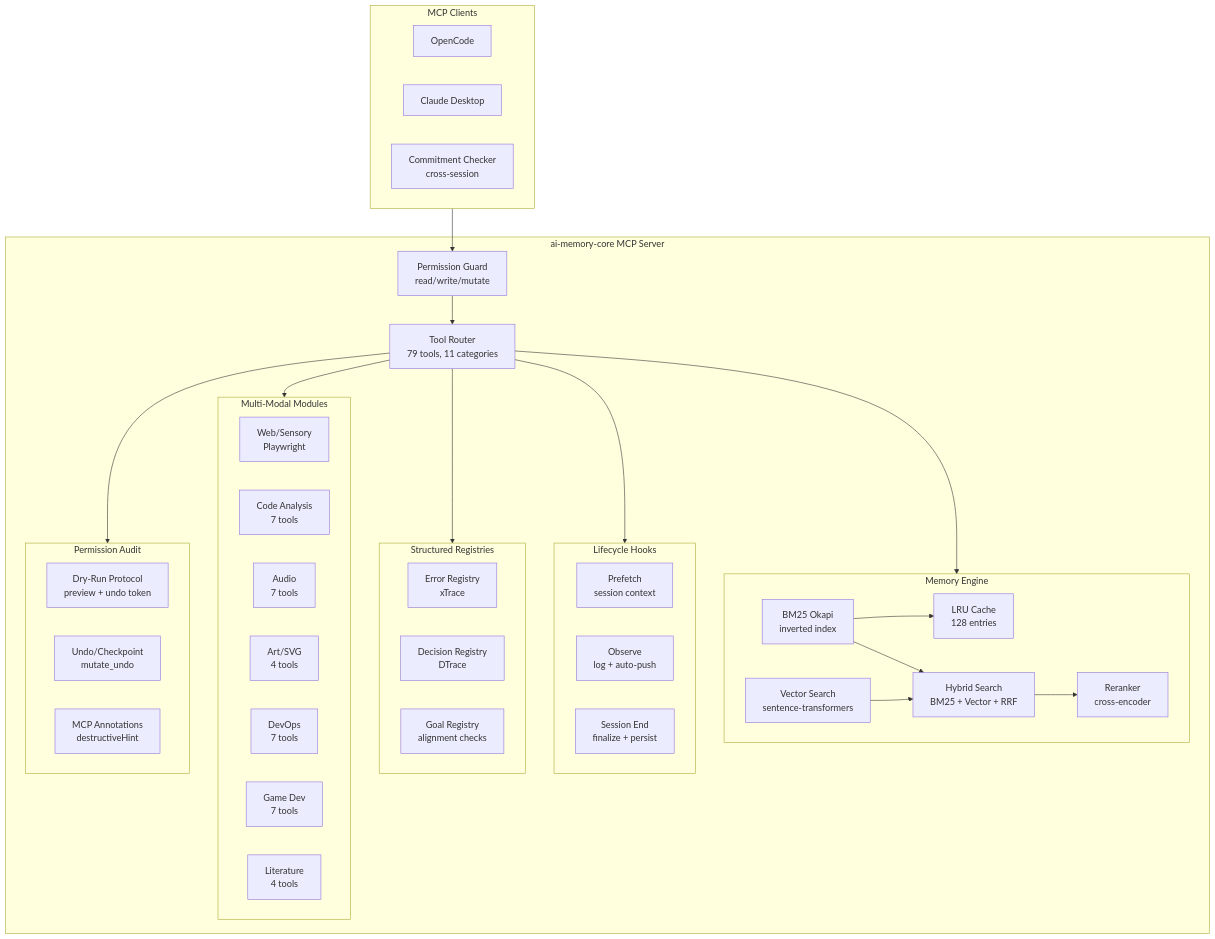
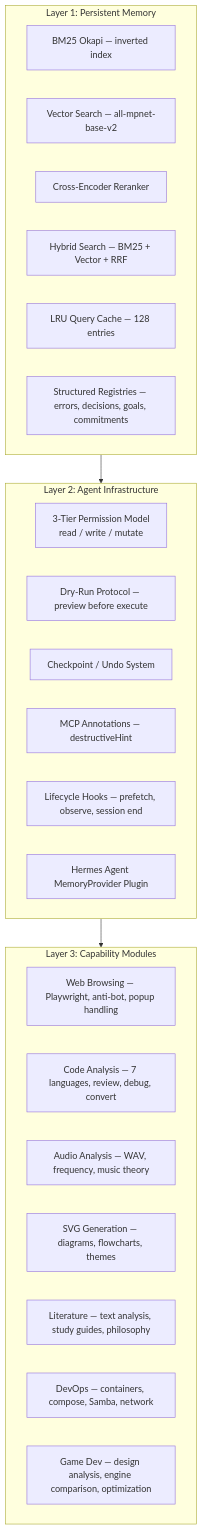
One commit to ohmpatel3877/CortexStratum changed the first of 3 diagrams in README.md. Above: the diagram before and after it, drawn with Mermaid. The commit also changed other lines of this file, not shown here.

First line of the commit message:
docs: rewrite README with 3-layer architecture, benchmarks, clear identity

````diff
--- a/README.md
+++ b/README.md
@@ -37,63 +45,33 @@
 ```mermaid
 graph TB
-    subgraph Clients["MCP Clients"]
-        OC[OpenCode]
-        CD[Claude Desktop]
-        CR[Cursor]
-    end
-
-    subgraph Server["ai-memory-core MCP Server"]
-        PG[Permission Guard<br/>read/write/mutate]
-        TR[Tool Router<br/>79 tools, 11 categories]
-        
-        subgraph Memory["Memory Engine"]
-            BM25[BM25 Okapi<br/>inverted index]
-            VS[Vector Search<br/>sentence-transformers]
-            RR[Reranker<br/>cross-encoder]
-            HY[Hybrid Search<br/>BM25 + Vector + RRF]
-            LC[LRU Cache<br/>128 entries]
-        end
-        
-        subgraph Lifecycle["Lifecycle Hooks"]
-            PF[Prefetch<br/>session context]
-            OB[Observe<br/>log + auto-push]
-            SE[Session End<br/>finalize + persist]
-        end
-        
-        subgraph Registry["Structured Registries"]
-            ER[Error Registry<br/>xTrace]
-            DR[Decision Registry<br/>DTrace]
-            GR[Goal Registry<br/>alignment checks]
-            CR[Commitment Checker<br/>cross-session]
-        end
-        
-        subgraph Modules["Multi-Modal Modules"]
-            WEB[Web/Sensory<br/>Playwright]
-            COD[Code Analysis<br/>7 tools]
-            AUD[Audio<br/>7 tools]
-            ART[Art/SVG<br/>4 tools]
-            DEVOPS[DevOps<br/>7 tools]
-            GAME[Game Dev<br/>7 tools]
-            LIT[Literature<br/>4 tools]
-        end
-        
-        subgraph Audit["Permission Audit"]
-            DRY[Dry-Run Protocol<br/>preview + undo token]
-            UNDO[Undo/Checkpoint<br/>mutate_undo]
-            ANN[MCP Annotations<br/>destructiveHint]
-        end
+    subgraph Layer1["Layer 1: Persistent Memory"]
+        BM25[BM25 Okapi — inverted index]
+        VS[Vector Search — all-mpnet-base-v2]
+        RR[Cross-Encoder Reranker]
+        HY[Hybrid Search — BM25 + Vector + RRF]
+        LC[LRU Query Cache — 128 entries]
+        REG[Structured Registries — errors, decisions, goals, commitments]
     end
     
-    Clients --> PG
-    PG --> TR
-    TR --> Memory
-    TR --> Lifecycle
-    TR --> Registry
-    TR --> Modules
-    TR --> Audit
+    subgraph Layer2["Layer 2: Agent Infrastructure"]
+        PG[3-Tier Permission Model<br/>read / write / mutate]
+        DRY[Dry-Run Protocol — preview before execute]
+        UNDO[Checkpoint / Undo System]
+        ANN[MCP Annotations — destructiveHint]
+        HOOKS[Lifecycle Hooks — prefetch, observe, session end]
+        HERMES[Hermes Agent MemoryProvider Plugin]
+    end
     
-    BM25 --> LC
-    VS --> HY
-    BM25 --> HY
-    HY --> RR
+    subgraph Layer3["Layer 3: Capability Modules"]
+        WEB[Web Browsing — Playwright, anti-bot, popup handling]
+        CODE[Code Analysis — 7 languages, review, debug, convert]
+        AUD[Audio Analysis — WAV, frequency, music theory]
+        SVG[SVG Generation — diagrams, flowcharts, themes]
+        LIT[Literature — text analysis, study guides, philosophy]
+        DEV[DevOps — containers, compose, Samba, network]
+        GAME[Game Dev — design analysis, engine comparison, optimization]
+    end
+    
+    Layer1 --> Layer2
+    Layer2 --> Layer3
 ```
````
